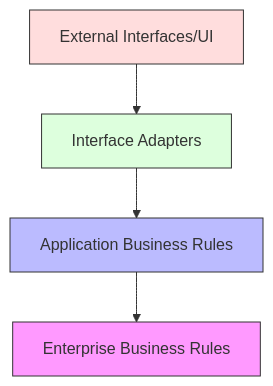
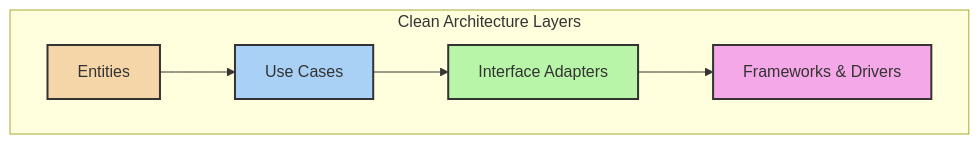
Before and after one commit to gonzaloan/crack-your-interview: the first of 2 diagrams in docs/fundamentals/software-architecture/clean-architecture/principles/principles.md, drawn with Mermaid. The commit also changed other lines of this file and 43 other files, not shown here.

````diff
--- a/docs/fundamentals/software-architecture/clean-architecture/principles/principles.md
+++ b/docs/fundamentals/software-architecture/clean-architecture/principles/principles.md
@@ -31,10 +21,15 @@
 ```mermaid
 graph TD
-    A[External Interfaces/UI] --> B[Interface Adapters]
-    B --> C[Application Business Rules]
-    C --> D[Enterprise Business Rules]
-    style D fill:#f9f,stroke:#333
-    style C fill:#bbf,stroke:#333
-    style B fill:#dfd,stroke:#333
-    style A fill:#fdd,stroke:#333
+    subgraph "Clean Architecture Layers"
+        A[Entities] --> B[Use Cases]
+        B --> C[Interface Adapters]
+        C --> D[Frameworks & Drivers]
+        
+        style A fill:#f5d6a8,stroke:#333,stroke-width:2px
+        style B fill:#a8d1f5,stroke:#333,stroke-width:2px
+        style C fill:#b8f5a8,stroke:#333,stroke-width:2px
+        style D fill:#f5a8e8,stroke:#333,stroke-width:2px
+    end
+
+    classDef default fill:#fff,stroke:#333,stroke-width:2px;
 ```
````
